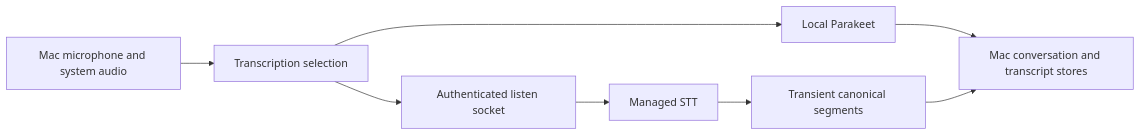
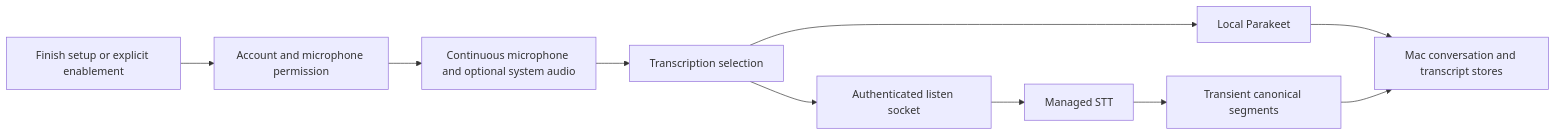
Before and after one commit to sruj75/knowledge-athlete: the diagram in openwiki/codebase/workflows/capture-transcription.md, drawn with Mermaid. The commit also changed other lines of this file and 50 other files, not shown here.

````diff
--- a/openwiki/codebase/workflows/capture-transcription.md
+++ b/openwiki/codebase/workflows/capture-transcription.md
@@ -50,10 +76,12 @@
 ```mermaid
 flowchart LR
-  Audio[Mac microphone and system audio] --> Choice[Transcription selection]
+  Setup[Finish setup or explicit enablement] --> Gate[Account and microphone permission]
+  Gate --> Audio[Continuous microphone and optional system audio]
+  Audio --> Choice[Transcription selection]
   Choice --> Local[Local Parakeet]
   Choice --> Socket[Authenticated listen socket]
   Socket --> Modulate[Managed STT]
   Local --> Archive[Mac conversation and transcript stores]
   Modulate --> Segments[Transient canonical segments]
   Segments --> Archive
 ```
````
